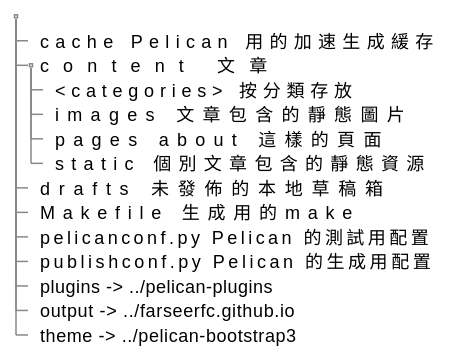
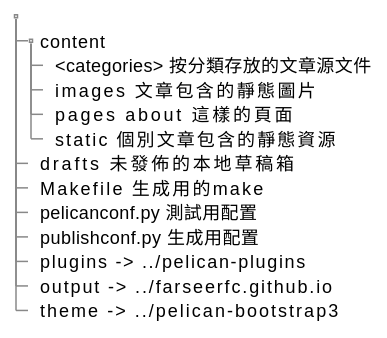
One commit to farseerfc/farseerfc changed the diagram in drafts/redesign-pelican-theme.zh.rst. Above: the diagram before and after it, drawn with PlantUML. The commit also changed other lines of this file, not shown here.

```diff
--- a/drafts/redesign-pelican-theme.zh.rst
+++ b/drafts/redesign-pelican-theme.zh.rst
@@ -81,21 +81,20 @@
     .. uml::
 
         salt
         {
         {T
         +.
-        ++ cache                             Pelican 用的加速生成緩存
-        ++ content                           文章
-        +++ <categories>                     按分類存放    
-        +++ images                           文章包含的靜態圖片
-        +++ pages                            about 這樣的頁面
-        +++ static                           個別文章包含的靜態資源
-        ++ drafts                            未發佈的本地草稿箱
-        ++ Makefile                          生成用的make
-        ++ pelicanconf.py                    Pelican 的測試用配置 
-        ++ publishconf.py                    Pelican 的生成用配置
-        ++ plugins -> ../pelican-plugins
-        ++ output -> ../farseerfc.github.io
-        ++ theme -> ../pelican-bootstrap3
+        ++ content        
+        +++ <categories>  按分類存放的文章源文件
+        +++ images        文章包含的靜態圖片
+        +++ pages         about 這樣的頁面
+        +++ static        個別文章包含的靜態資源
+        ++ drafts         未發佈的本地草稿箱
+        ++ Makefile       生成用的make
+        ++ pelicanconf.py 測試用配置 
+        ++ publishconf.py 生成用配置
+        ++ plugins        -> ../pelican-plugins
+        ++ output         -> ../farseerfc.github.io
+        ++ theme          -> ../pelican-bootstrap3
         }
         }
```
